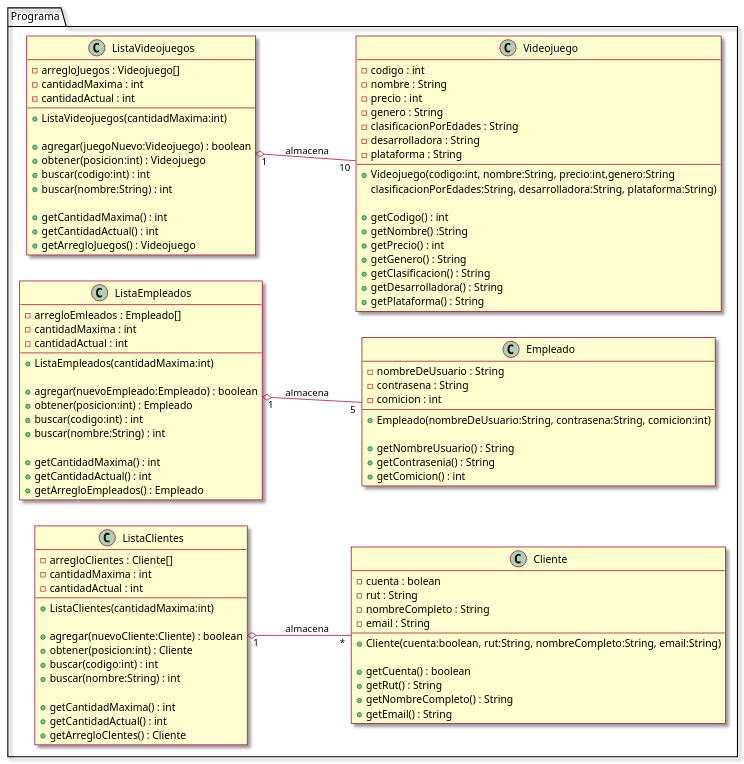
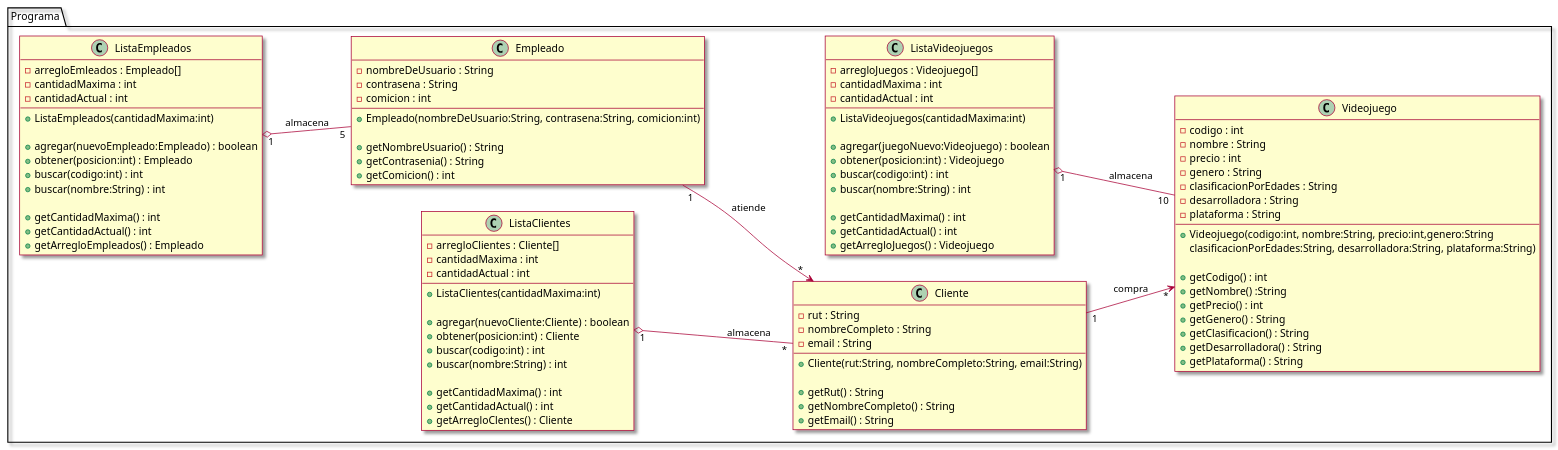
One commit to SrMoebius/-PA-Taller1_AguileraRodrigo-Cort-sDiego changed the diagram in src/Diagrama de Clases.puml. Above: the diagram before and after it, drawn with PlantUML.

Commit message:
Diagrama de Clases Final

```diff
--- a/src/Diagrama de Clases.puml
+++ b/src/Diagrama de Clases.puml
@@ -1,133 +1,134 @@
 @startuml
 'https://plantuml.com/class-diagram
 
 left to right direction
 skin rose
 
 
 
 package Programa {
 
     'Clases
 
     class Videojuego{
 
         - codigo : int
         - nombre : String
         - precio : int
         - genero : String
         - clasificacionPorEdades : String
         - desarrolladora : String
         - plataforma : String
 
         + Videojuego(codigo:int, nombre:String, precio:int,genero:String
         clasificacionPorEdades:String, desarrolladora:String, plataforma:String)
 
         + getCodigo() : int
         + getNombre() :String
         + getPrecio() : int
         + getGenero() : String
         + getClasificacion() : String
         + getDesarrolladora() : String
         + getPlataforma() : String
 
     }
 
     class ListaVideojuegos{
 
         - arregloJuegos : Videojuego[]
         - cantidadMaxima : int
         - cantidadActual : int
 
         + ListaVideojuegos(cantidadMaxima:int)
 
         + agregar(juegoNuevo:Videojuego) : boolean
         + obtener(posicion:int) : Videojuego
         + buscar(codigo:int) : int
         + buscar(nombre:String) : int
 
         + getCantidadMaxima() : int
         + getCantidadActual() : int
         + getArregloJuegos() : Videojuego
 
     }
 
     class Empleado{
         - nombreDeUsuario : String
         - contrasena : String
         - comicion : int
 
         + Empleado(nombreDeUsuario:String, contrasena:String, comicion:int)
 
         + getNombreUsuario() : String
         + getContrasenia() : String
         + getComicion() : int
 
     }
 
     class ListaEmpleados{
 
         - arregloEmleados : Empleado[]
         - cantidadMaxima : int
         - cantidadActual : int
 
         + ListaEmpleados(cantidadMaxima:int)
 
         + agregar(nuevoEmpleado:Empleado) : boolean
         + obtener(posicion:int) : Empleado
         + buscar(codigo:int) : int
         + buscar(nombre:String) : int
 
         + getCantidadMaxima() : int
         + getCantidadActual() : int
         + getArregloEmpleados() : Empleado
 
     }
 
     class Cliente{
 
-        - cuenta : bolean
         - rut : String
         - nombreCompleto : String
         - email : String
 
-        + Cliente(cuenta:boolean, rut:String, nombreCompleto:String, email:String)
+        + Cliente(rut:String, nombreCompleto:String, email:String)
 
-        + getCuenta() : boolean
         + getRut() : String
         + getNombreCompleto() : String
         + getEmail() : String
 
     }
 
     class ListaClientes{
 
         - arregloClientes : Cliente[]
         - cantidadMaxima : int
         - cantidadActual : int
 
         + ListaClientes(cantidadMaxima:int)
 
         + agregar(nuevoCliente:Cliente) : boolean
         + obtener(posicion:int) : Cliente
         + buscar(codigo:int) : int
         + buscar(nombre:String) : int
 
         + getCantidadMaxima() : int
         + getCantidadActual() : int
         + getArregloClentes() : Cliente
 
     }
 
 
 }
 
 
 'Relaciones
 
 ListaVideojuegos "1" o-- "10" Videojuego : almacena
 ListaEmpleados "1" o-- "5" Empleado : almacena
 ListaClientes "1" o-- "*" Cliente : almacena
 
+Empleado "1" --> "*" Cliente : atiende
+Cliente "1" --> "*" Videojuego : compra
+
 
 @enduml
```
